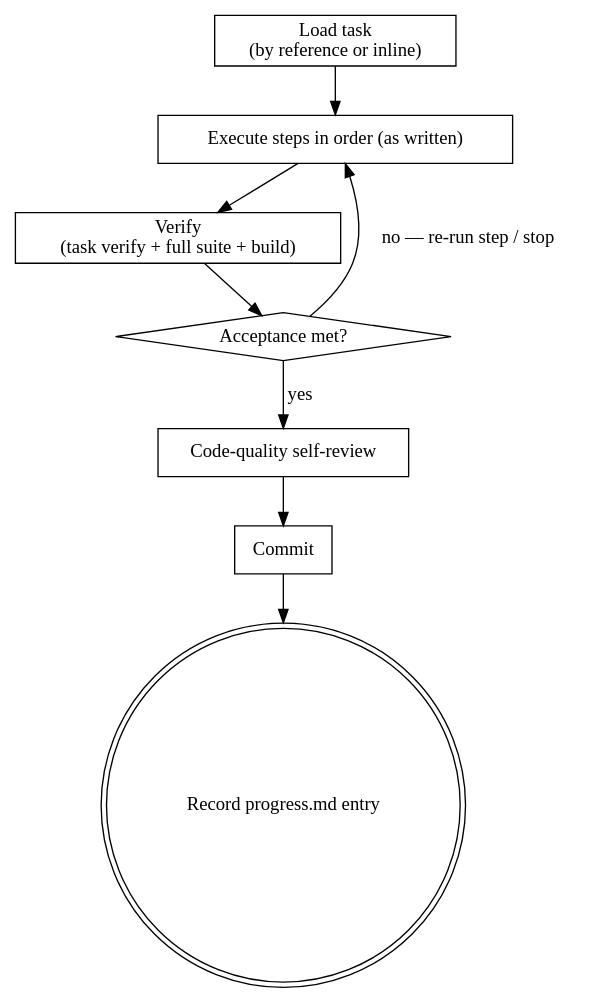
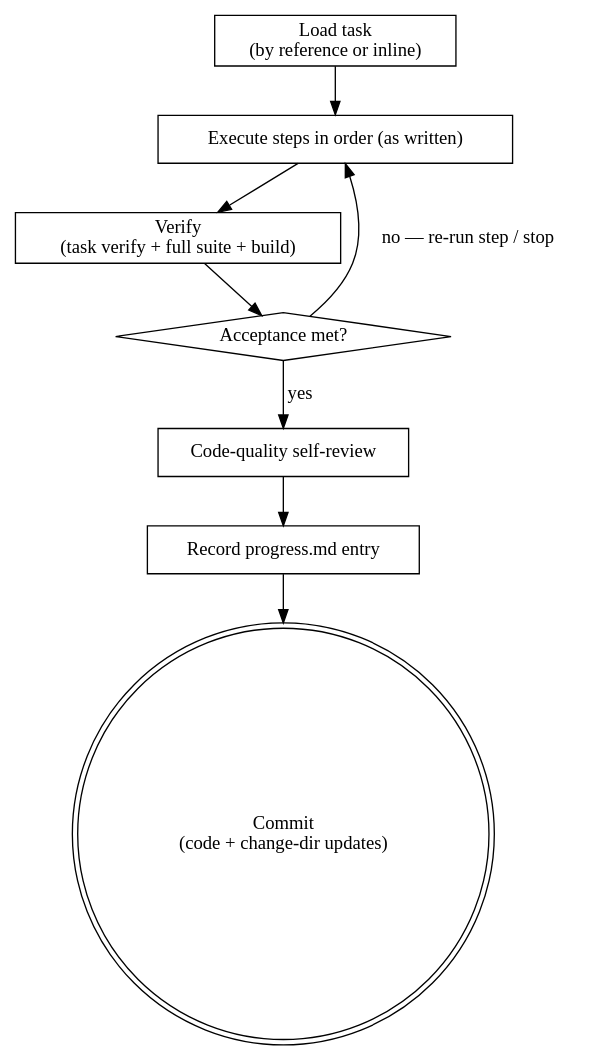
Before and after one commit to caiorcferreira/hamilton: the diagram in skills/hamilton-code/SKILL.md, drawn with Graphviz. The commit also changed other lines of this file and 2 other files, not shown here.

First line of the commit message:
docs(hamilton): commit change-dir updates before finishing

````diff
--- a/skills/hamilton-code/SKILL.md
+++ b/skills/hamilton-code/SKILL.md
@@ -104,19 +109,19 @@
 ```dot
 digraph hamilton_code {
     "Load task\n(by reference or inline)" [shape=box];
     "Execute steps in order (as written)" [shape=box];
     "Verify\n(task verify + full suite + build)" [shape=box];
     "Acceptance met?" [shape=diamond];
     "Code-quality self-review" [shape=box];
-    "Commit" [shape=box];
-    "Record progress.md entry" [shape=doublecircle];
+    "Record progress.md entry" [shape=box];
+    "Commit\n(code + change-dir updates)" [shape=doublecircle];
 
     "Load task\n(by reference or inline)" -> "Execute steps in order (as written)";
     "Execute steps in order (as written)" -> "Verify\n(task verify + full suite + build)";
     "Verify\n(task verify + full suite + build)" -> "Acceptance met?";
     "Acceptance met?" -> "Execute steps in order (as written)" [label="no — re-run step / stop"];
     "Acceptance met?" -> "Code-quality self-review" [label="yes"];
-    "Code-quality self-review" -> "Commit";
-    "Commit" -> "Record progress.md entry";
+    "Code-quality self-review" -> "Record progress.md entry";
+    "Record progress.md entry" -> "Commit\n(code + change-dir updates)";
 }
 ```
````
